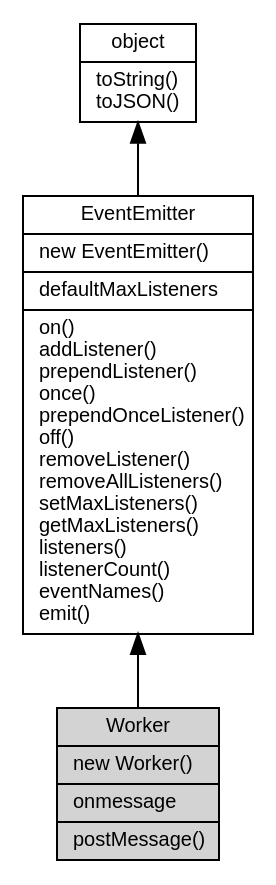
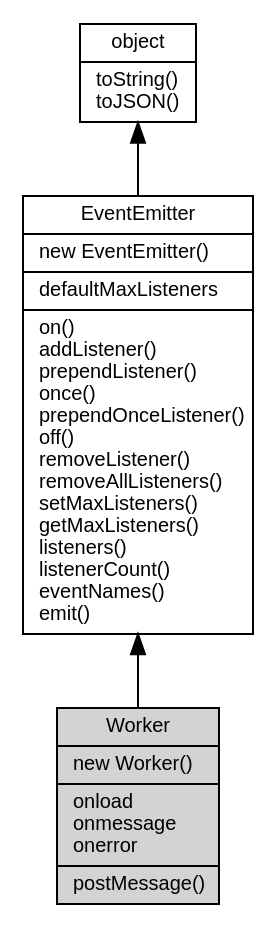
The diagram in docs/manual/object/ifs/Worker.md (fibjs/fibjs.org), drawn with Graphviz before and after one commit. The commit also changed other lines of this file and 229 other files, not shown here.

````diff
--- a/docs/manual/object/ifs/Worker.md
+++ b/docs/manual/object/ifs/Worker.md
@@ -5,12 +5,12 @@
 ```dot
 digraph {
     node [fontname="Helvetica,sans-Serif", fontsize=10, shape="record", style="filled", fillcolor="white"];
 
     object [tooltip="object", URL="object.md", label="{object|toString()\ltoJSON()\l}"];
     EventEmitter [tooltip="EventEmitter", URL="EventEmitter.md", label="{EventEmitter|new EventEmitter()\l|defaultMaxListeners\l|on()\laddListener()\lprependListener()\lonce()\lprependOnceListener()\loff()\lremoveListener()\lremoveAllListeners()\lsetMaxListeners()\lgetMaxListeners()\llisteners()\llistenerCount()\leventNames()\lemit()\l}"];
-    Worker [tooltip="Worker", fillcolor="lightgray", id="me", label="{Worker|new Worker()\l|onmessage\l|postMessage()\l}"];
+    Worker [tooltip="Worker", fillcolor="lightgray", id="me", label="{Worker|new Worker()\l|onload\lonmessage\lonerror\l|postMessage()\l}"];
 
     object -> EventEmitter [dir=back];
     EventEmitter -> Worker [dir=back];
 }
 ```
````
